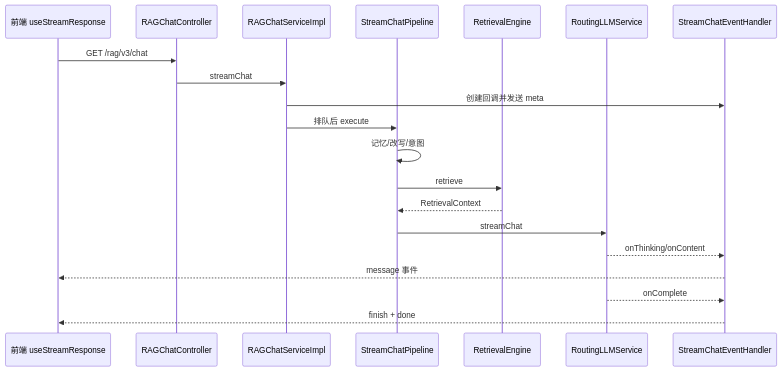
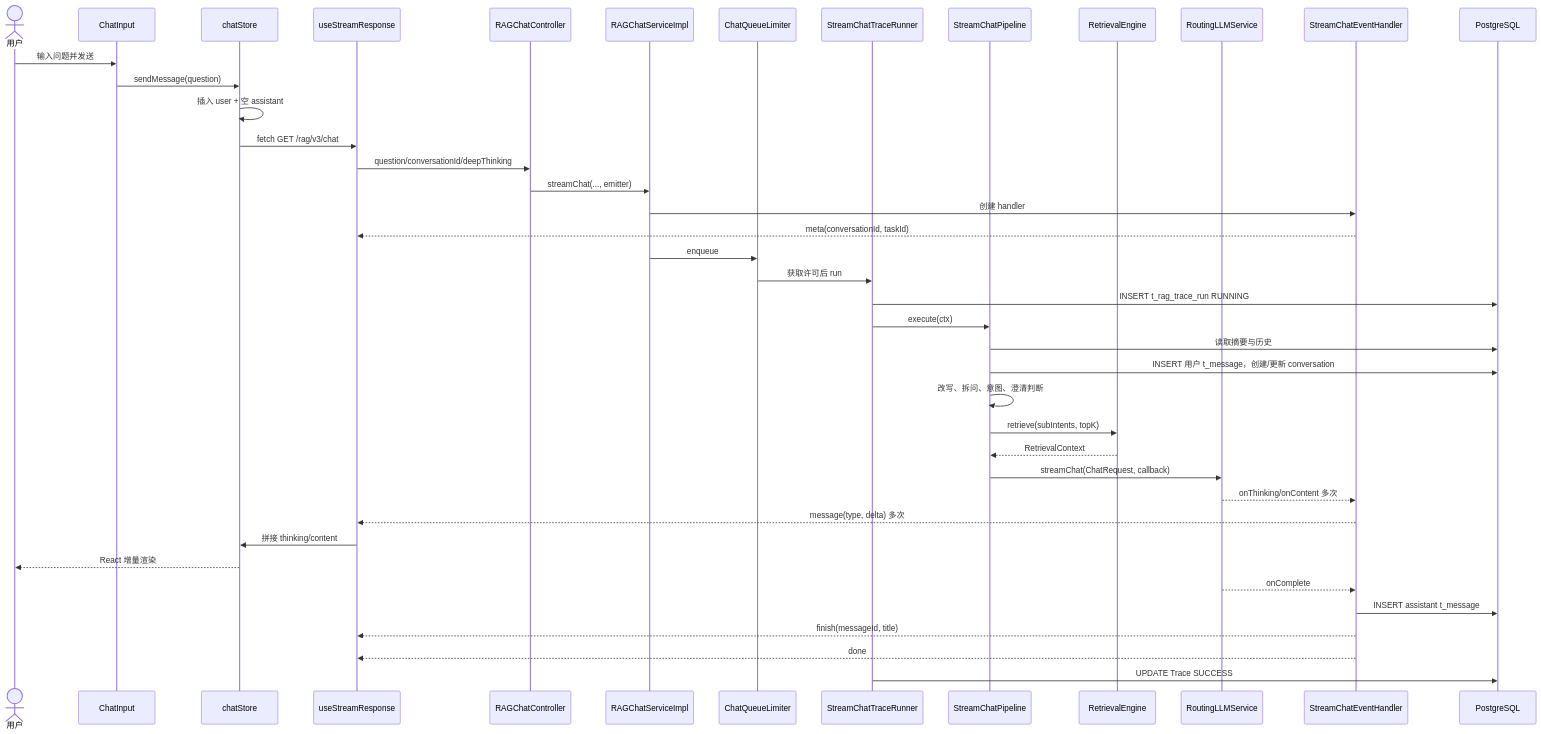
Before and after one commit to Purpose-C/ragent: the third of 4 diagrams in docs/learning-notes/07-RAG问答主流程解析.md, drawn with Mermaid. The commit also changed other lines of this file and 19 other files, not shown here.

````diff
--- a/docs/learning-notes/07-RAG问答主流程解析.md
+++ b/docs/learning-notes/07-RAG问答主流程解析.md
@@ -42,22 +875,44 @@
 ```mermaid
 sequenceDiagram
-    participant F as 前端 useStreamResponse
+    actor U as 用户
+    participant CI as ChatInput
+    participant CS as chatStore
+    participant FS as useStreamResponse
     participant C as RAGChatController
     participant S as RAGChatServiceImpl
+    participant Q as ChatQueueLimiter
+    participant T as StreamChatTraceRunner
     participant P as StreamChatPipeline
     participant R as RetrievalEngine
     participant L as RoutingLLMService
     participant H as StreamChatEventHandler
-    F->>C: GET /rag/v3/chat
-    C->>S: streamChat
-    S->>H: 创建回调并发送 meta
-    S->>P: 排队后 execute
-    P->>P: 记忆/改写/意图
-    P->>R: retrieve
+    participant DB as PostgreSQL
+
+    U->>CI: 输入问题并发送
+    CI->>CS: sendMessage(question)
+    CS->>CS: 插入 user + 空 assistant
+    CS->>FS: fetch GET /rag/v3/chat
+    FS->>C: question/conversationId/deepThinking
+    C->>S: streamChat(..., emitter)
+    S->>H: 创建 handler
+    H-->>FS: meta(conversationId, taskId)
+    S->>Q: enqueue
+    Q->>T: 获取许可后 run
+    T->>DB: INSERT t_rag_trace_run RUNNING
+    T->>P: execute(ctx)
+    P->>DB: 读取摘要与历史
+    P->>DB: INSERT 用户 t_message，创建/更新 conversation
+    P->>P: 改写、拆问、意图、澄清判断
+    P->>R: retrieve(subIntents, topK)
     R-->>P: RetrievalContext
-    P->>L: streamChat
-    L-->>H: onThinking/onContent
-    H-->>F: message 事件
+    P->>L: streamChat(ChatRequest, callback)
+    L-->>H: onThinking/onContent 多次
+    H-->>FS: message(type, delta) 多次
+    FS->>CS: 拼接 thinking/content
+    CS-->>U: React 增量渲染
     L-->>H: onComplete
-    H-->>F: finish + done
+    H->>DB: INSERT assistant t_message
+    H-->>FS: finish(messageId, title)
+    H-->>FS: done
+    T->>DB: UPDATE Trace SUCCESS
 ```
````
